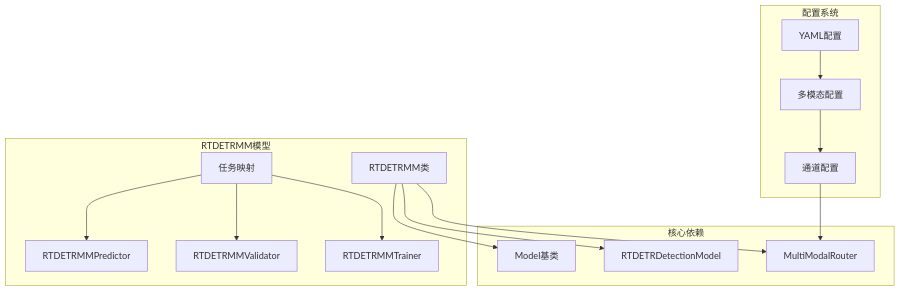
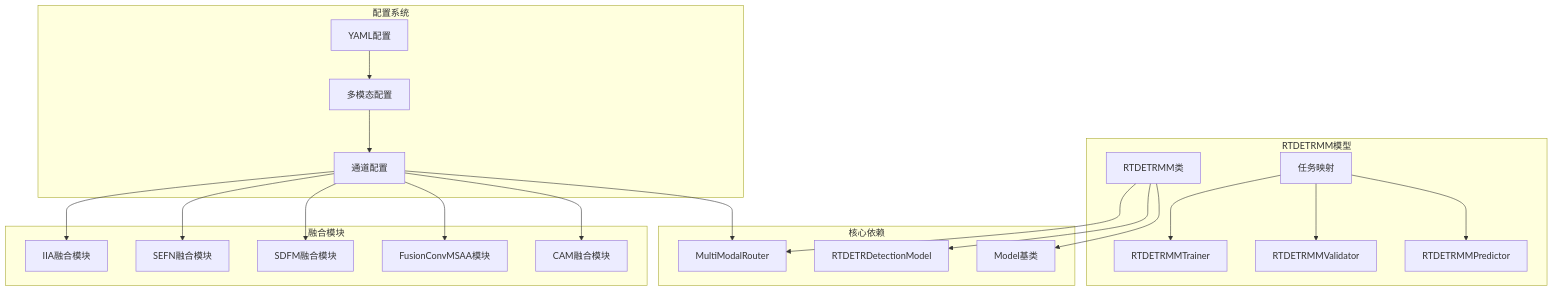
The sixth of 6 diagrams in .qoder/repowiki/zh/content/模型配置与管理/模型架构设计/RT-MM模型配置集合.md (2208754827/MM-IMPROVE), drawn with Mermaid before and after one commit. The commit also changed other lines of this file and 1211 other files, not shown here.

````diff
--- a/.qoder/repowiki/zh/content/模型配置与管理/模型架构设计/RT-MM模型配置集合.md
+++ b/.qoder/repowiki/zh/content/模型配置与管理/模型架构设计/RT-MM模型配置集合.md
@@ -324,29 +432,41 @@
 ```mermaid
 graph TB
 subgraph "RTDETRMM模型"
 RTMM_Model[RTDETRMM类]
 TaskMap[任务映射]
 Predictor[RTDETRMMPredictor]
 Validator[RTDETRMMValidator]
 Trainer[RTDETRMMTrainer]
 end
 subgraph "核心依赖"
 BaseModel[Model基类]
 DetectionModel[RTDETRDetectionModel]
 Router[MultiModalRouter]
 end
 subgraph "配置系统"
 YAML_Config[YAML配置]
 Modality_Config[多模态配置]
 Channel_Config[通道配置]
 end
+subgraph "融合模块"
+CAM_Module[CAM融合模块]
+MSAA_Module[FusionConvMSAA模块]
+SDFM_Module[SDFM融合模块]
+SEFN_Module[SEFN融合模块]
+IIA_Module[IIA融合模块]
+end
 RTMM_Model --> BaseModel
 RTMM_Model --> DetectionModel
 RTMM_Model --> Router
 TaskMap --> Predictor
 TaskMap --> Validator
 TaskMap --> Trainer
 YAML_Config --> Modality_Config
 Modality_Config --> Channel_Config
 Channel_Config --> Router
+Channel_Config --> CAM_Module
+Channel_Config --> MSAA_Module
+Channel_Config --> SDFM_Module
+Channel_Config --> SEFN_Module
+Channel_Config --> IIA_Module
 ```
````
